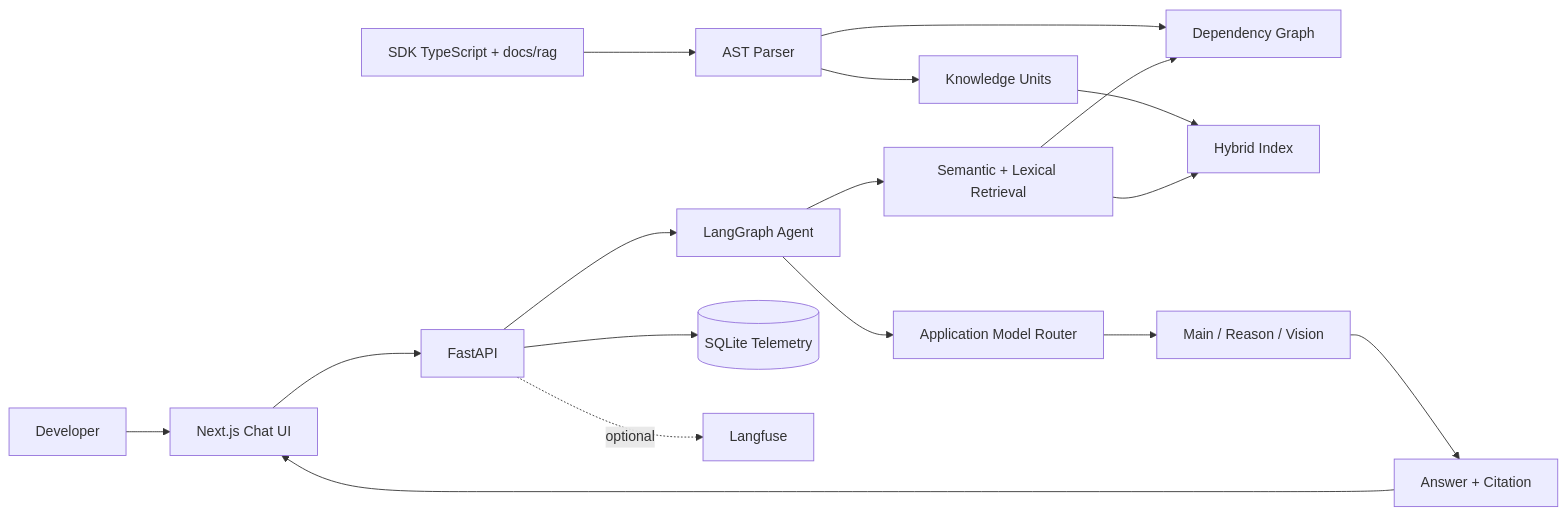
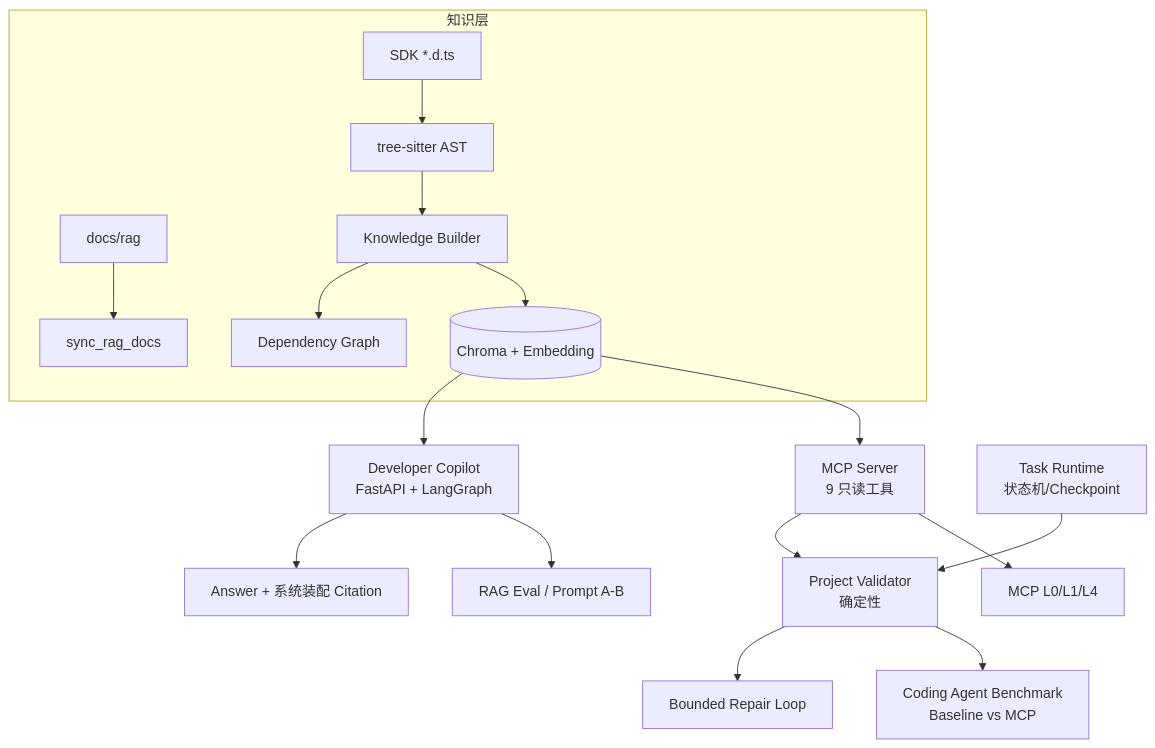
One commit to jonji886/plugin-dev-helper changed the diagram in README.md. Above: the diagram before and after it, drawn with Mermaid. The commit also changed other lines of this file and 2 other files, not shown here.

First line of the commit message:
docs: README / spec / CHANGELOG 对齐当前实现与真实 Benchmark 结果

````diff
--- a/README.md
+++ b/README.md
@@ -52,19 +35,18 @@
 ```mermaid
-flowchart LR
-  SRC[SDK TypeScript + docs/rag] --> AST[AST Parser]
-  AST --> KB[Knowledge Units]
-  AST --> GRAPH[Dependency Graph]
-  KB --> INDEX[Hybrid Index]
-  U[Developer] --> FE[Next.js Chat UI]
-  FE --> API[FastAPI]
-  API --> AGENT[LangGraph Agent]
-  AGENT --> RETRIEVE[Semantic + Lexical Retrieval]
-  RETRIEVE --> INDEX
-  RETRIEVE --> GRAPH
-  AGENT --> ROUTER[Application Model Router]
-  ROUTER --> MAIN[Main / Reason / Vision]
-  MAIN --> ANSWER[Answer + Citation]
-  ANSWER --> FE
-  API --> SQL[(SQLite Telemetry)]
-  API -. optional .-> LF[Langfuse]
+flowchart TB
+  subgraph KB[知识层]
+    DTS[SDK *.d.ts] --> AST[tree-sitter AST]
+    MD[docs/rag] --> SYNC[sync_rag_docs]
+    AST --> KBB[Knowledge Builder] --> GRAPH[Dependency Graph]
+    KBB --> VS[(Chroma + Embedding)]
+  end
+  VS --> COPILOT[Developer Copilot\nFastAPI + LangGraph]
+  VS --> MCP[MCP Server\n9 只读工具]
+  COPILOT --> RAG[Answer + 系统装配 Citation]
+  MCP --> VALID[Project Validator\n确定性]
+  RT[Task Runtime\n状态机/Checkpoint] --> VALID
+  VALID --> REPAIR[Bounded Repair Loop]
+  COPILOT --> EVAL[RAG Eval / Prompt A-B]
+  MCP --> MCPEV[MCP L0/L1/L4]
+  VALID --> BENCH[Coding Agent Benchmark\nBaseline vs MCP]
 ```
````
